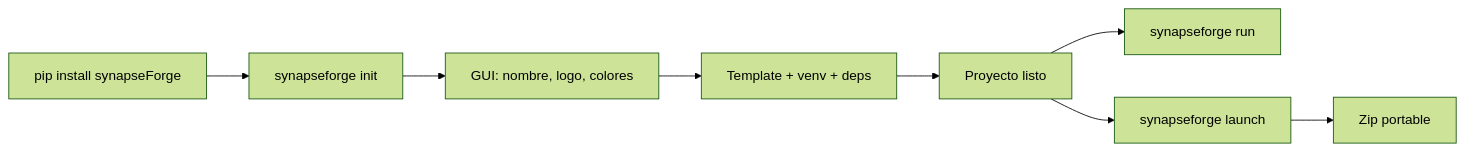
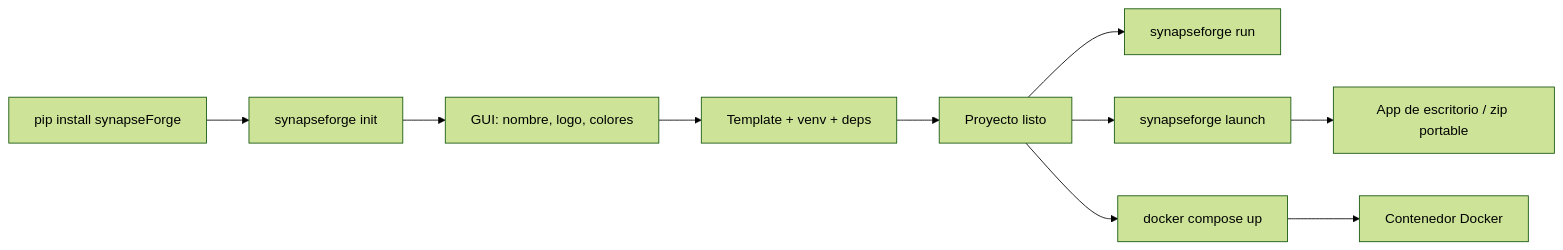
Before and after one commit to synapse-ai-hub/synapseForge: the diagram in ES.md, drawn with Mermaid (forest theme). The commit also changed other lines of this file and 73 other files, not shown here.

````diff
--- a/ES.md
+++ b/ES.md
@@ -129,10 +130,12 @@
 ```mermaid
 flowchart LR
     A["pip install synapseForge"] --> B["synapseforge init"]
     B --> C["GUI: nombre, logo, colores"]
     C --> D["Template + venv + deps"]
     D --> E["Proyecto listo"]
     E --> F["synapseforge run"]
     E --> G["synapseforge launch"]
-    G --> H["Zip portable"]
+    E --> I["docker compose up"]
+    G --> H["App de escritorio / zip portable"]
+    I --> J["Contenedor Docker"]
 ```
````
